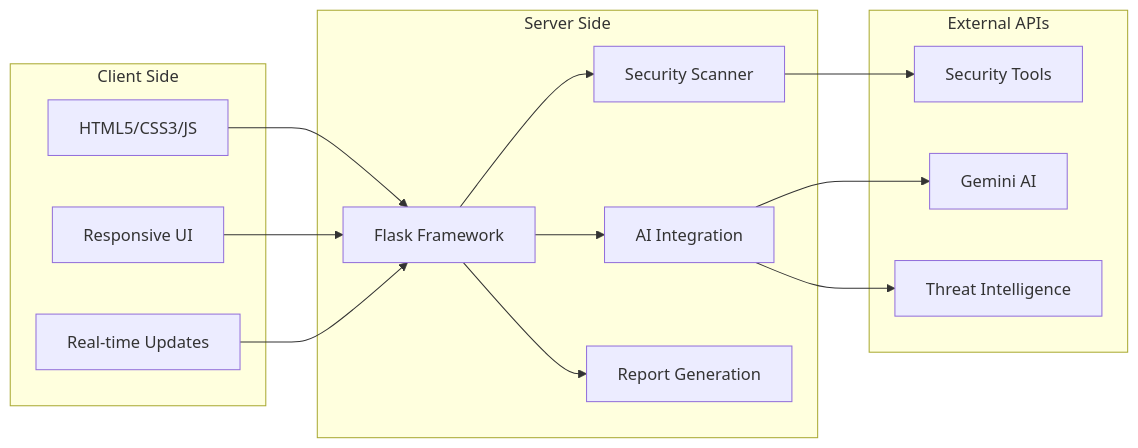
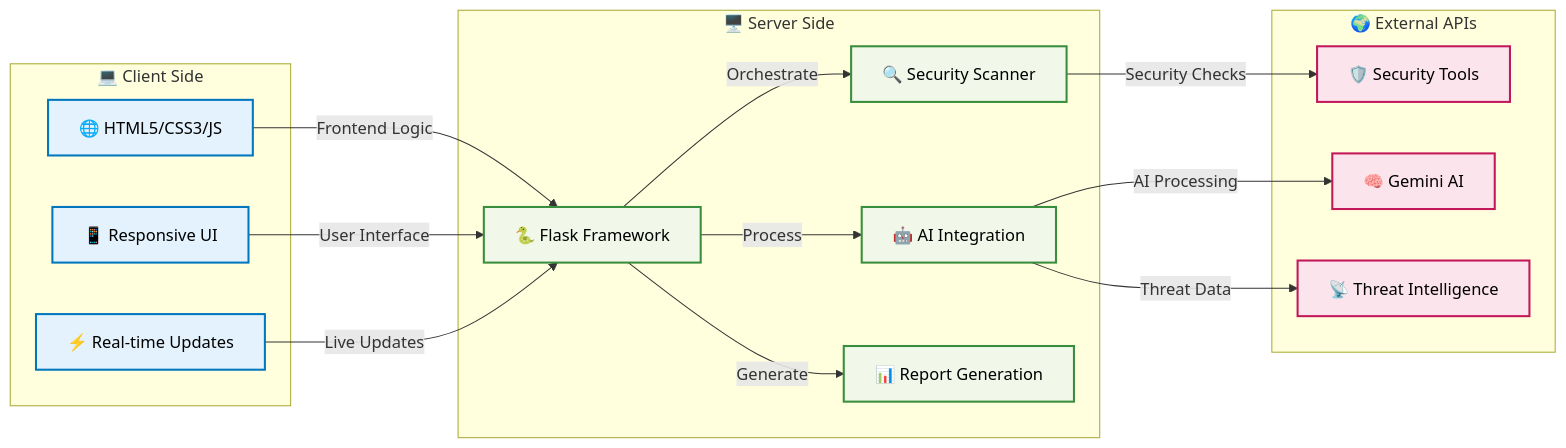
The second of 8 diagrams in README.md (Hassan-asim/Cyber-Sage), drawn with Mermaid before and after one commit. The commit also changed other lines of this file, not shown here.

Commit message:
Enhance Mermaid diagrams: Add professional styling, emojis, colors, and improved visual design

````diff
--- a/README.md
+++ b/README.md
@@ -136,31 +152,45 @@
 ```mermaid
 graph LR
-    subgraph "Client Side"
-        A[HTML5/CSS3/JS]
-        B[Responsive UI]
-        C[Real-time Updates]
+    subgraph "💻 Client Side"
+        A["🌐 HTML5/CSS3/JS"]
+        B["📱 Responsive UI"]
+        C["⚡ Real-time Updates"]
     end
     
-    subgraph "Server Side"
-        D[Flask Framework]
-        E[Security Scanner]
-        F[AI Integration]
-        G[Report Generation]
+    subgraph "🖥️ Server Side"
+        D["🐍 Flask Framework"]
+        E["🔍 Security Scanner"]
+        F["🤖 AI Integration"]
+        G["📊 Report Generation"]
     end
     
-    subgraph "External APIs"
-        H[Gemini AI]
-        I[Security Tools]
-        J[Threat Intelligence]
+    subgraph "🌍 External APIs"
+        H["🧠 Gemini AI"]
+        I["🛡️ Security Tools"]
+        J["📡 Threat Intelligence"]
     end
     
-    A --> D
-    B --> D
-    C --> D
-    D --> E
-    D --> F
-    D --> G
-    F --> H
-    E --> I
-    F --> J
+    %% Client to Server connections
+    A -->|"Frontend Logic"| D
+    B -->|"User Interface"| D
+    C -->|"Live Updates"| D
+    
+    %% Server internal connections
+    D -->|"Orchestrate"| E
+    D -->|"Process"| F
+    D -->|"Generate"| G
+    
+    %% External API connections
+    F -->|"AI Processing"| H
+    E -->|"Security Checks"| I
+    F -->|"Threat Data"| J
+    
+    %% Styling
+    classDef client fill:#e3f2fd,stroke:#0277bd,stroke-width:2px,color:#000
+    classDef server fill:#f1f8e9,stroke:#388e3c,stroke-width:2px,color:#000
+    classDef external fill:#fce4ec,stroke:#c2185b,stroke-width:2px,color:#000
+    
+    class A,B,C client
+    class D,E,F,G server
+    class H,I,J external
 ```
````
